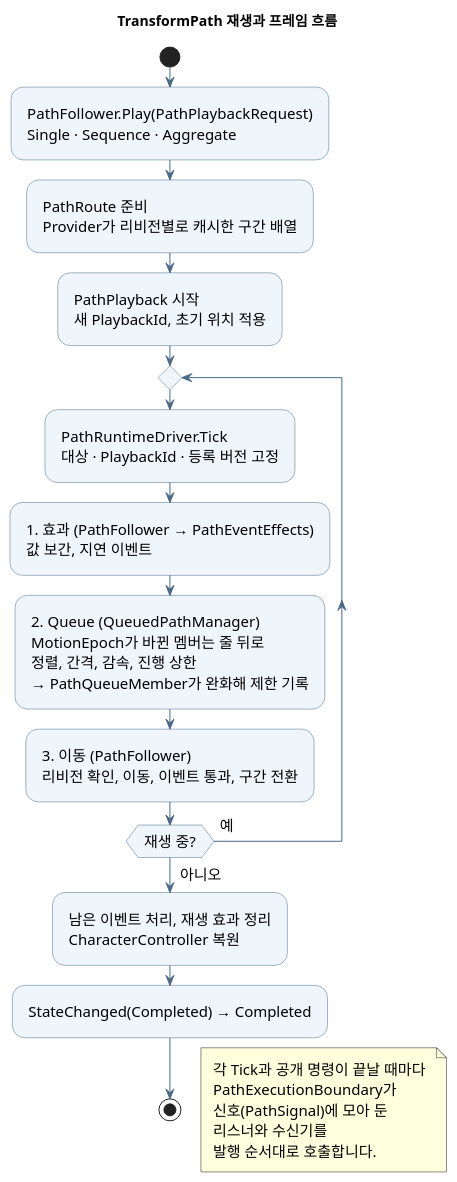
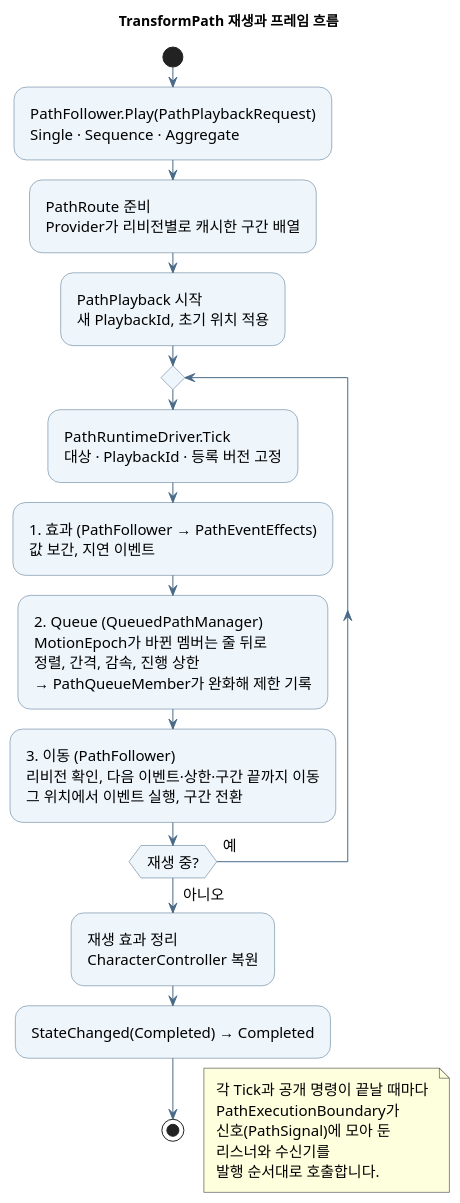
Before and after one commit to youwonsock/tool-unity-editor: the diagram in ToyProject/Assets/_TransformPath/Docs/transformpath-frame.puml, drawn with PlantUML. The commit also changed 5 other files, not shown here.

```diff
--- a/ToyProject/Assets/_TransformPath/Docs/transformpath-frame.puml
+++ b/ToyProject/Assets/_TransformPath/Docs/transformpath-frame.puml
@@ -1,32 +1,32 @@
 @startuml transformpath-frame
 skinparam shadowing false
 skinparam defaultFontName "Apple SD Gothic Neo"
 skinparam defaultFontSize 15
 skinparam ArrowColor #496A88
 skinparam Padding 6
 skinparam activityBackgroundColor #EEF5FB
 skinparam activityBorderColor #496A88
 title TransformPath 재생과 프레임 흐름
 
 start
 :PathFollower.Play(PathPlaybackRequest)\nSingle · Sequence · Aggregate;
 :PathRoute 준비\nProvider가 리비전별로 캐시한 구간 배열;
 :PathPlayback 시작\n새 PlaybackId, 초기 위치 적용;
 repeat
   :PathRuntimeDriver.Tick\n대상 · PlaybackId · 등록 버전 고정;
   :1. 효과 (PathFollower → PathEventEffects)\n값 보간, 지연 이벤트;
   :2. Queue (QueuedPathManager)\nMotionEpoch가 바뀐 멤버는 줄 뒤로\n정렬, 간격, 감속, 진행 상한\n→ PathQueueMember가 완화해 제한 기록;
-  :3. 이동 (PathFollower)\n리비전 확인, 이동, 이벤트 통과, 구간 전환;
+  :3. 이동 (PathFollower)\n리비전 확인, 다음 이벤트·상한·구간 끝까지 이동\n그 위치에서 이벤트 실행, 구간 전환;
 repeat while (재생 중?) is (예) not (아니오)
-:남은 이벤트 처리, 재생 효과 정리\nCharacterController 복원;
+:재생 효과 정리\nCharacterController 복원;
 :StateChanged(Completed) → Completed;
 stop
 
 floating note right
   각 Tick과 공개 명령이 끝날 때마다
   PathExecutionBoundary가
   신호(PathSignal)에 모아 둔
   리스너와 수신기를
   발행 순서대로 호출합니다.
 end note
 @enduml
```
